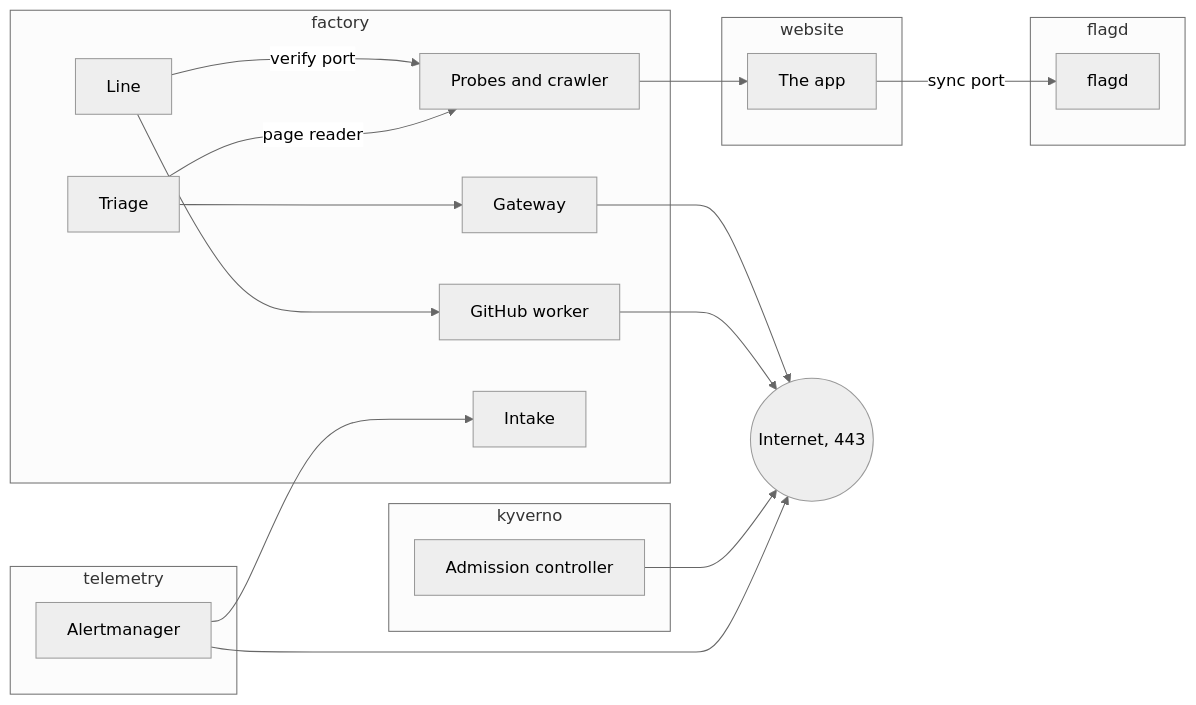
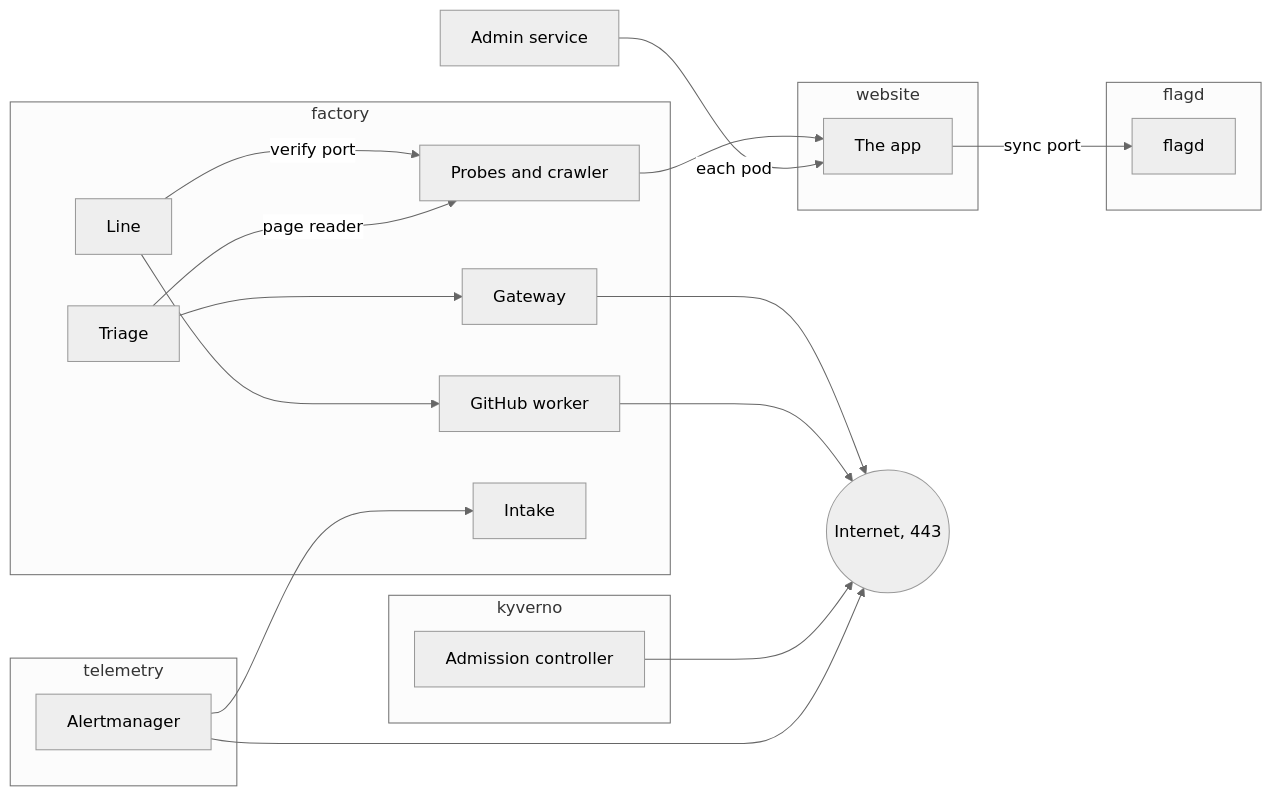
One commit to mrogan/cv-software-factory changed the diagram in docs/COMPONENTS/NETWORK-POLICIES.md. Above: the diagram before and after it, drawn with Mermaid (neutral theme). The commit also changed other lines of this file and 31 other files, not shown here.

````diff
--- a/docs/COMPONENTS/NETWORK-POLICIES.md
+++ b/docs/COMPONENTS/NETWORK-POLICIES.md
@@ -10,35 +10,36 @@
 ```mermaid
 flowchart LR
   subgraph factory
     gateway[Gateway]
     worker[GitHub worker]
     line[Line]
     triage[Triage]
     probes[Probes and crawler]
     intake[Intake]
   end
   subgraph kyverno
     admission[Admission controller]
   end
   subgraph website
     app[The app]
   end
   subgraph flagd
     flagdpod[flagd]
   end
   subgraph telemetry
     alertmanager[Alertmanager]
   end
   internet((Internet, 443))
   gateway --> internet
   worker --> internet
   admission --> internet
   alertmanager --> internet
   alertmanager --> intake
   triage --> gateway
   line --> worker
   line -- verify port --> probes
   triage -- page reader --> probes
   probes --> app
+  admin[Admin service] -- each pod --> app
   app -- sync port --> flagdpod
 ```
````
